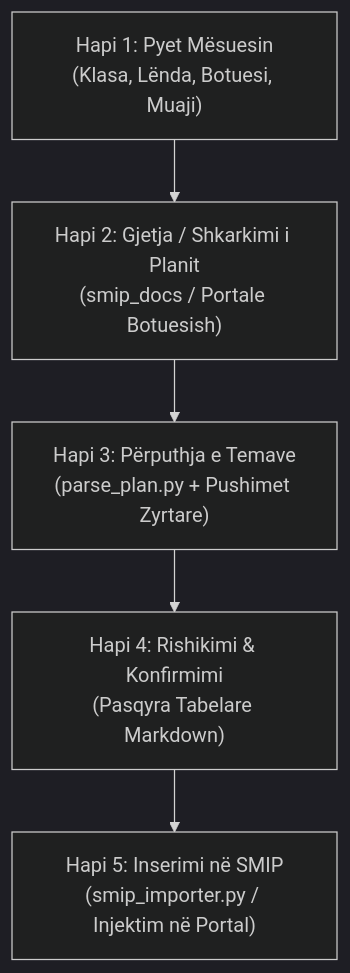
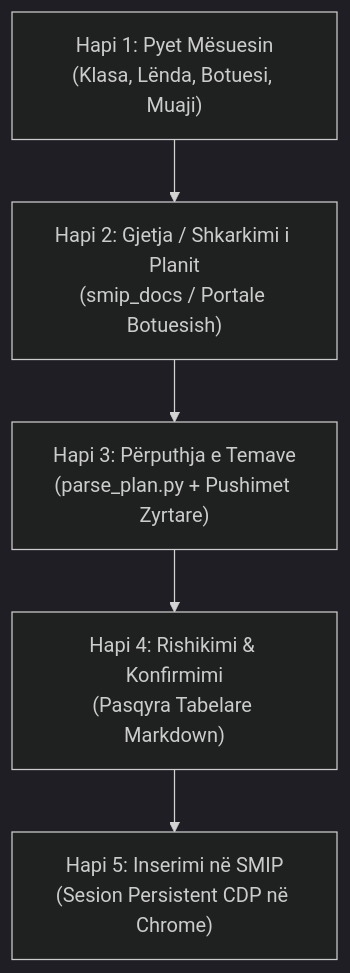
The diagram in .agents/skills/smip/SKILL.md (adalenv/smip-skill), drawn with Mermaid (dark theme) before and after one commit. The commit also changed other lines of this file and 2 other files, not shown here.

Commit message:
docs(skill): update SMIP skill and portal selectors with persistent CDP and coordinator lock workflows

````diff
--- a/.agents/skills/smip/SKILL.md
+++ b/.agents/skills/smip/SKILL.md
@@ -22,7 +22,7 @@
 ```mermaid
 flowchart TD
     A["Hapi 1: Pyet Mësuesin<br/>(Klasa, Lënda, Botuesi, Muaji)"] --> B["Hapi 2: Gjetja / Shkarkimi i Planit<br/>(smip_docs / Portale Botuesish)"]
     B --> C["Hapi 3: Përputhja e Temave<br/>(parse_plan.py + Pushimet Zyrtare)"]
     C --> D["Hapi 4: Rishikimi & Konfirmimi<br/>(Pasqyra Tabelare Markdown)"]
-    D --> E["Hapi 5: Inserimi në SMIP<br/>(smip_importer.py / Injektim në Portal)"]
+    D --> E["Hapi 5: Inserimi në SMIP<br/>(Sesion Persistent CDP në Chrome)"]
 ```
````
